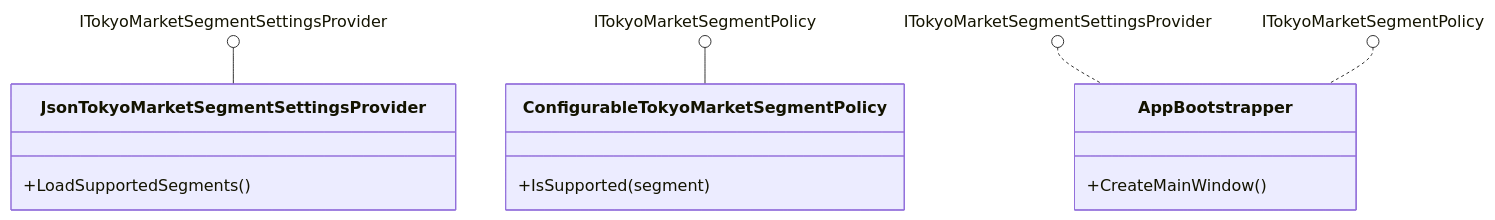
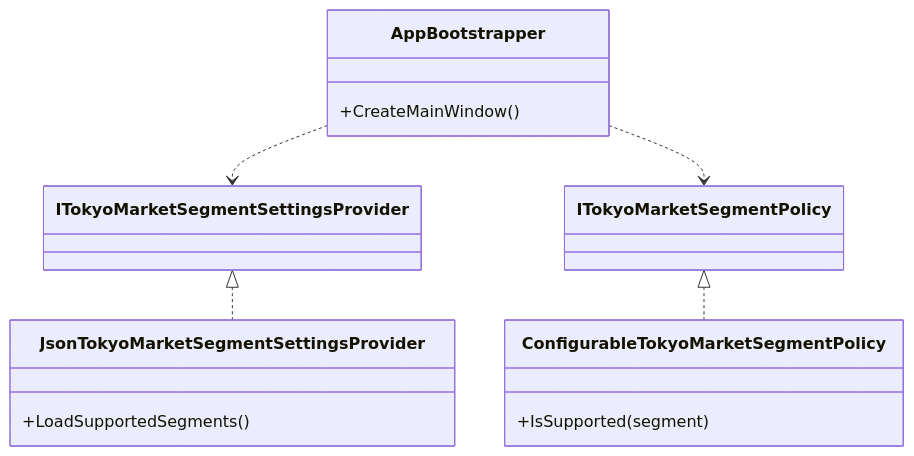
Before and after one commit to yankee2023/market_monitor: diagram 19 of 29 in docs/DESIGN.md, drawn with Mermaid. The commit also changed other lines of this file and 9 other files, not shown here.

````diff
--- a/docs/DESIGN.md
+++ b/docs/DESIGN.md
@@ -744,17 +973,17 @@
 ```mermaid
 classDiagram
     class JsonTokyoMarketSegmentSettingsProvider {
         +LoadSupportedSegments()
     }
     class ConfigurableTokyoMarketSegmentPolicy {
         +IsSupported(segment)
     }
     class AppBootstrapper {
         +CreateMainWindow()
     }
 
-    ITokyoMarketSegmentSettingsProvider ()-- JsonTokyoMarketSegmentSettingsProvider
-    ITokyoMarketSegmentPolicy ()-- ConfigurableTokyoMarketSegmentPolicy
-    ITokyoMarketSegmentSettingsProvider ().. AppBootstrapper
-    ITokyoMarketSegmentPolicy ().. AppBootstrapper
+    ITokyoMarketSegmentSettingsProvider <|.. JsonTokyoMarketSegmentSettingsProvider
+    ITokyoMarketSegmentPolicy <|.. ConfigurableTokyoMarketSegmentPolicy
+    AppBootstrapper ..> ITokyoMarketSegmentSettingsProvider
+    AppBootstrapper ..> ITokyoMarketSegmentPolicy
 ```
````
